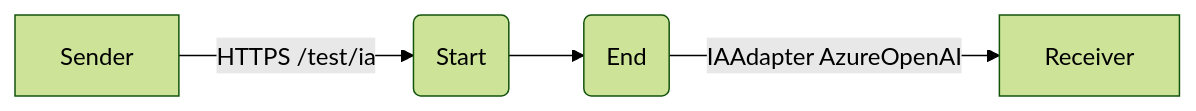
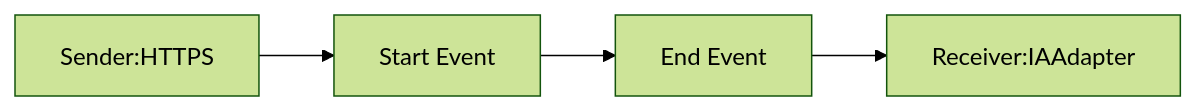
The diagram in b+ dgtal IA/Testing_Endpoint-1.0.0/readme.md (Avvale-IA-CICD/AvvaleCPI), drawn with Mermaid (forest theme) before and after one commit. The commit also changed other lines of this file, not shown here.

````diff
--- a/b+ dgtal IA/Testing_Endpoint-1.0.0/readme.md
+++ b/b+ dgtal IA/Testing_Endpoint-1.0.0/readme.md
@@ -4,6 +4,6 @@
 ```mermaid
 graph LR
-    A[Sender] -- HTTPS /test/ia --> B(Start)
-    B --> C(End)
-    C -- IAAdapter AzureOpenAI --> D[Receiver]
+    Sender[Sender:HTTPS] --> Start[Start Event]
+    Start --> End[End Event]
+    End --> Receiver[Receiver:IAAdapter]
 ```
````
